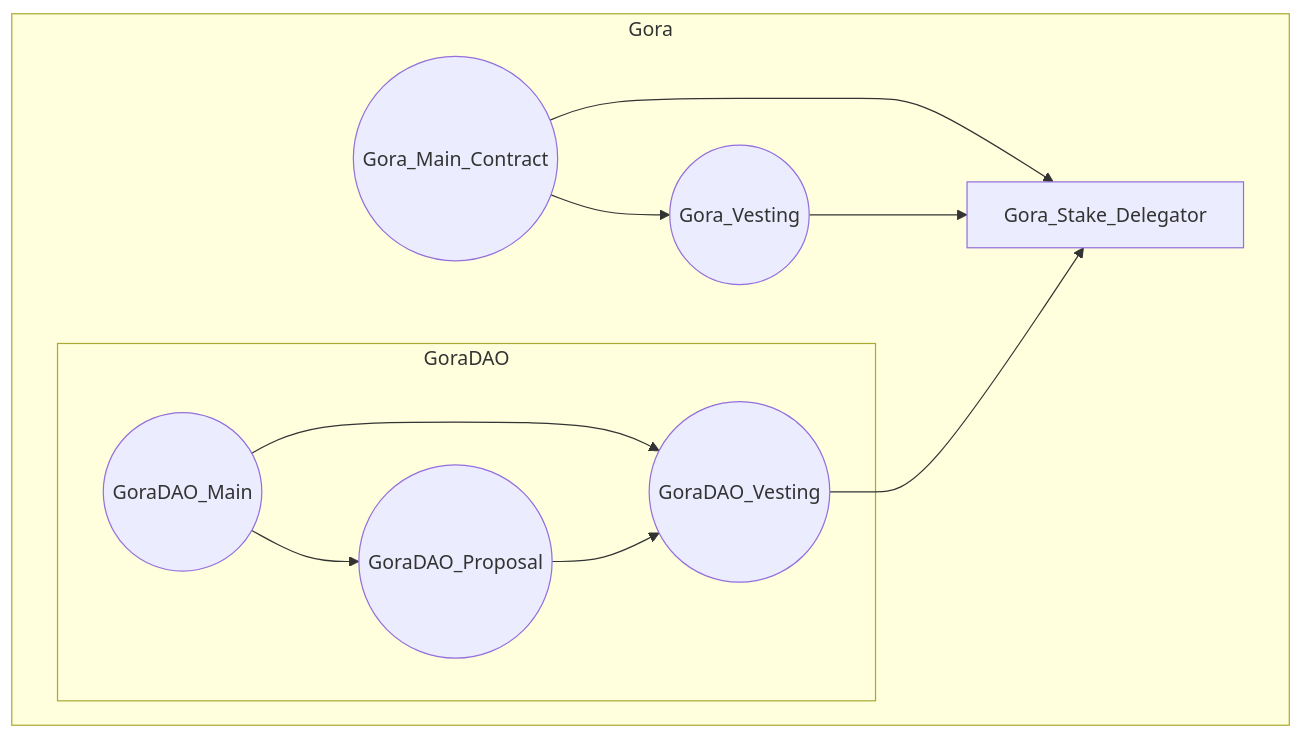
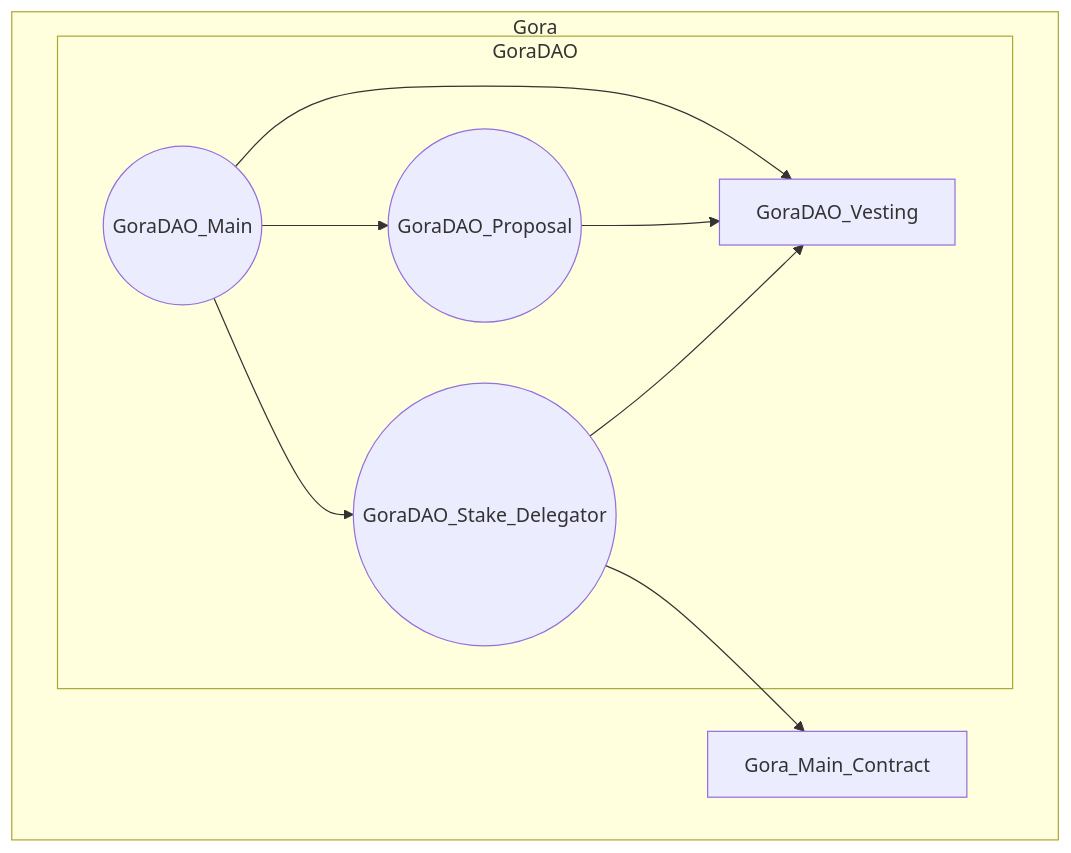
One commit to GoraNetwork/gora-dao-smartcontracts changed the first of 7 diagrams in README.md. Above: the diagram before and after it, drawn with Mermaid. The commit also changed other lines of this file and 1 other file, not shown here.

Commit message:
Update Gora DAO operations CLI & README

````diff
--- a/README.md
+++ b/README.md
@@ -77,27 +91,28 @@
 ```mermaid
 
 graph TB
  
      subgraph Gora
         Gora_Main_Contract[Gora_Main_Contract]
-        Gora_Vesting[Gora_Vesting]
-        Gora_Stake_Delegator[Gora_Stake_Delegator]
+       
 
         subgraph GoraDAO
             GoraDAO_Main((GoraDAO_Main))
             GoraDAO_Proposal((GoraDAO_Proposal))
-            GoraDAO_Vesting((GoraDAO_Vesting))
+            GoraDAO_Vesting[GoraDAO_Vesting]
+            GoraDAO_Stake_Delegator[GoraDAO_Stake_Delegator]
         end
     end
       
-      Gora_Main_Contract((Gora_Main_Contract)) --> Gora_Vesting
-      Gora_Main_Contract((Gora_Main_Contract)) --> Gora_Stake_Delegator
-      Gora_Vesting((Gora_Vesting)) --> Gora_Stake_Delegator
+      GoraDAO_Stake_Delegator((GoraDAO_Stake_Delegator)) --> Gora_Main_Contract
+
 
       GoraDAO_Main((GoraDAO_Main)) --> GoraDAO_Proposal
       GoraDAO_Main((GoraDAO_Main)) --> GoraDAO_Vesting
+      GoraDAO_Main((GoraDAO_Main)) --> GoraDAO_Stake_Delegator
       GoraDAO_Proposal((GoraDAO_Proposal)) --> GoraDAO_Vesting
-      GoraDAO_Vesting((GoraDAO_Vesting)) --> Gora_Stake_Delegator
+      GoraDAO_Stake_Delegator((GoraDAO_Stake_Delegator)) --> GoraDAO_Vesting
+
 
 
 ```
````
